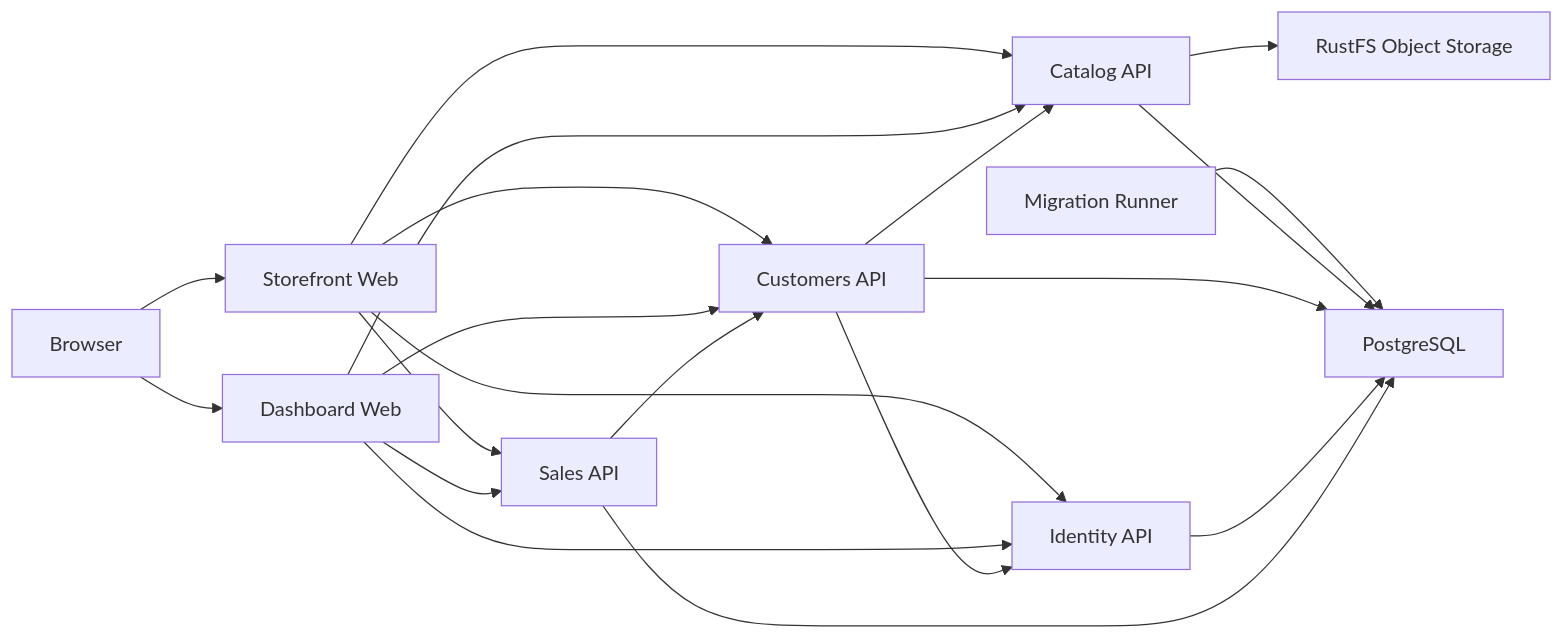
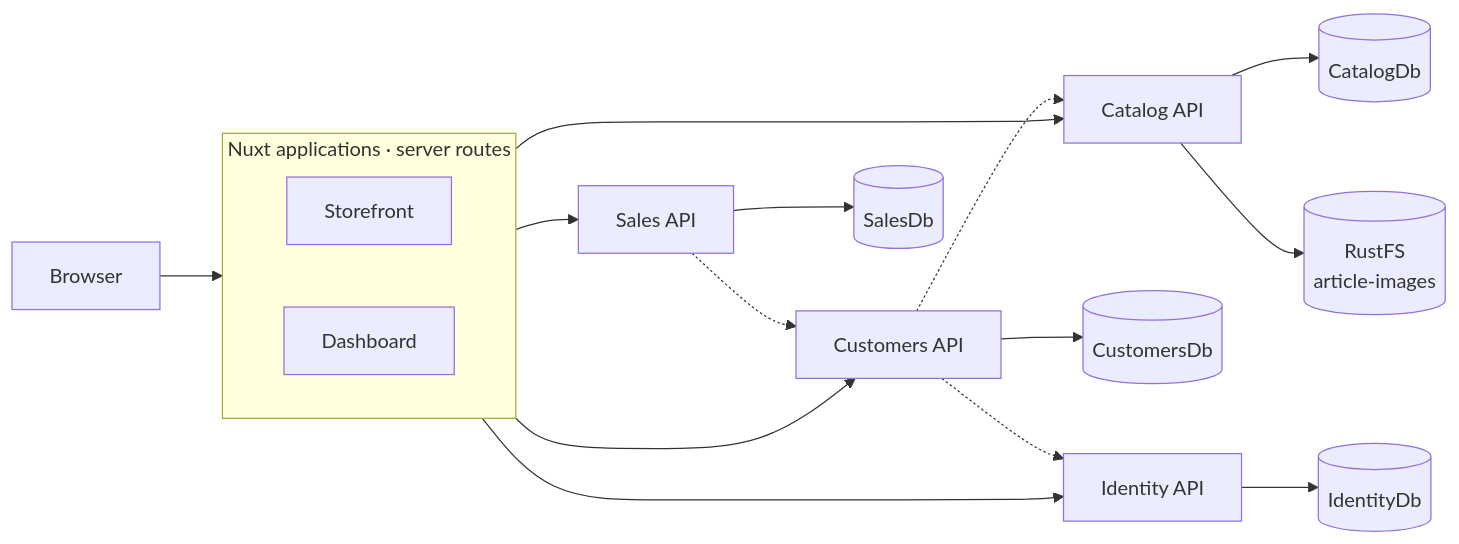
Before and after one commit to draganovik/matterway: the diagram in README.md, drawn with Mermaid. The commit also changed other lines of this file, not shown here.

````diff
--- a/README.md
+++ b/README.md
@@ -11,26 +83,24 @@
 ```mermaid
 flowchart LR
-  Browser["Browser"] --> Storefront["Storefront Web"]
-  Browser --> Dashboard["Dashboard Web"]
+  Browser["Browser"]
 
-  Storefront --> Catalog["Catalog API"]
-  Storefront --> Customers["Customers API"]
-  Storefront --> Identity["Identity API"]
-  Storefront --> Sales["Sales API"]
+  subgraph Web["Nuxt applications · server routes"]
+    direction LR
+    Storefront["Storefront"]
+    Dashboard["Dashboard"]
+  end
 
-  Dashboard --> Catalog
-  Dashboard --> Customers
-  Dashboard --> Identity
-  Dashboard --> Sales
-
-  Customers --> Catalog
-  Customers --> Identity
-  Sales --> Customers
-
-  Migrations["Migration Runner"] --> Postgres["PostgreSQL"]
-  Catalog --> RustFS["RustFS Object Storage"]
-  Catalog --> Postgres
-  Customers --> Postgres
-  Identity --> Postgres
-  Sales --> Postgres
+  Browser --> Web
+  Web --> Catalog["Catalog API"]
+    Catalog --> CatalogDb[(CatalogDb)]
+    Catalog --> RustFS[("RustFS<br/>article-images")]
+  Web --> Customers["Customers API"]
+    Customers --> CustomersDb[(CustomersDb)]
+    Customers -.-> Catalog
+    Customers -.-> Identity
+  Web --> Identity["Identity API"]
+    Identity --> IdentityDb[(IdentityDb)]
+  Web --> Sales["Sales API"]
+    Sales --> SalesDb[(SalesDb)]
+    Sales -.-> Customers
 ```
````
